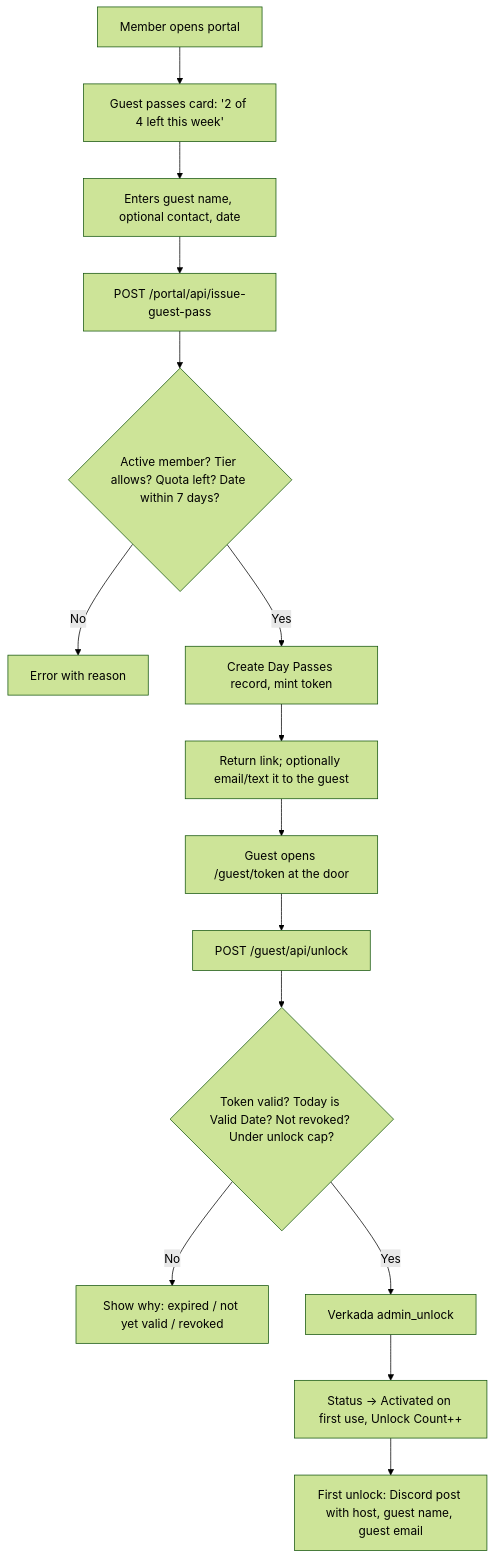
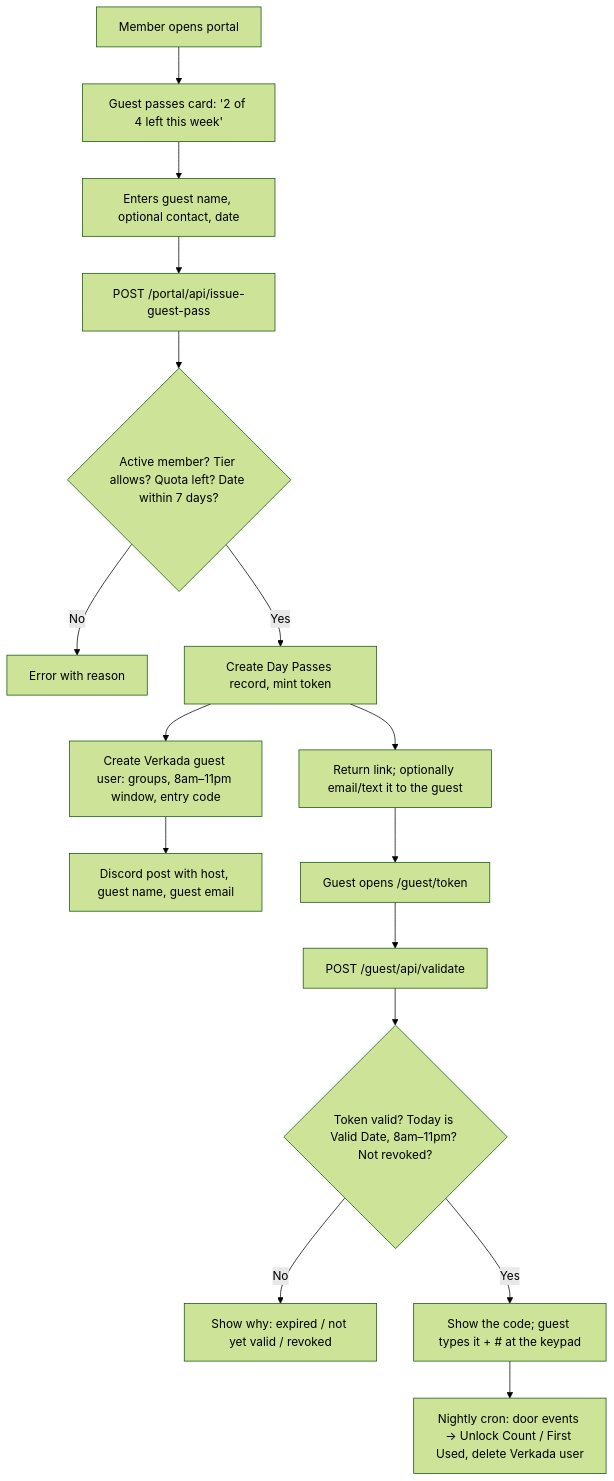
Before and after one commit to manifund/mox-sf: the diagram in docs/workflows/member-guest-passes.md, drawn with Mermaid (forest theme). The commit also changed other lines of this file and 26 other files, not shown here.

First line of the commit message:
Guest passes: unique door code per guest; remove every unlock button

````diff
--- a/docs/workflows/member-guest-passes.md
+++ b/docs/workflows/member-guest-passes.md
@@ -122,17 +169,18 @@
 ```mermaid
 flowchart TD
     A[Member opens portal] --> B["Guest passes card: '2 of 4 left this week'"]
     B --> C[Enters guest name, optional contact, date]
     C --> D[POST /portal/api/issue-guest-pass]
     D --> E{Active member? Tier allows? Quota left? Date within 7 days?}
     E -->|No| F[Error with reason]
     E -->|Yes| G[Create Day Passes record, mint token]
     G --> H[Return link; optionally email/text it to the guest]
-    H --> I[Guest opens /guest/token at the door]
-    I --> J[POST /guest/api/unlock]
-    J --> K{Token valid? Today is Valid Date? Not revoked? Under unlock cap?}
+    G --> G2[Create Verkada guest user: groups, 8am–11pm window, entry code]
+    G2 --> O[Discord post with host, guest name, guest email]
+    H --> I[Guest opens /guest/token]
+    I --> J[POST /guest/api/validate]
+    J --> K{Token valid? Today is Valid Date, 8am–11pm? Not revoked?}
     K -->|No| L[Show why: expired / not yet valid / revoked]
-    K -->|Yes| M[Verkada admin_unlock]
-    M --> N[Status → Activated on first use, Unlock Count++]
-    N --> O[First unlock: Discord post with host, guest name, guest email]
+    K -->|Yes| M[Show the code; guest types it + # at the keypad]
+    M --> N[Nightly cron: door events → Unlock Count / First Used, delete Verkada user]
 ```
````
